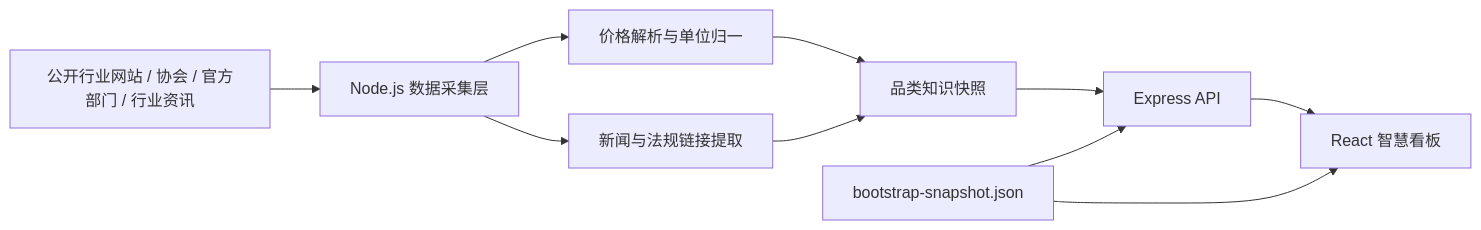
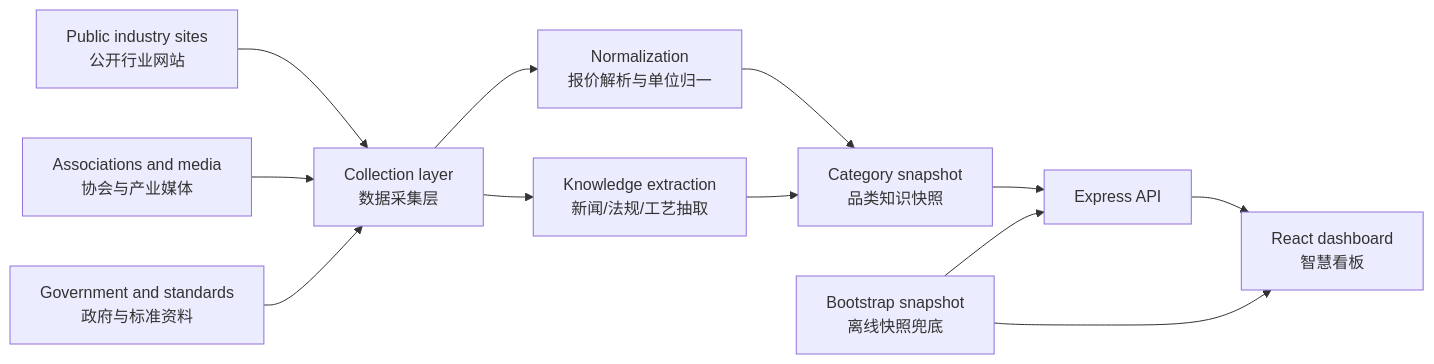
Before and after one commit to dongyongxue-collab/recycling-smart-dashboard: the diagram in README.md, drawn with Mermaid. The commit also changed other lines of this file and 2 other files, not shown here.

````diff
--- a/README.md
+++ b/README.md
@@ -60,12 +55,14 @@
 ```mermaid
 flowchart LR
-  A["公开行业网站 / 协会 / 官方部门 / 行业资讯"] --> B["Node.js 数据采集层"]
-  B --> C["价格解析与单位归一"]
-  B --> D["新闻与法规链接提取"]
-  C --> E["品类知识快照"]
-  D --> E
-  E --> F["Express API"]
-  F --> G["React 智慧看板"]
-  H["bootstrap-snapshot.json"] --> F
-  H --> G
+  A["Public industry sites<br/>公开行业网站"] --> B["Collection layer<br/>数据采集层"]
+  C["Associations and media<br/>协会与产业媒体"] --> B
+  D["Government and standards<br/>政府与标准资料"] --> B
+  B --> E["Normalization<br/>报价解析与单位归一"]
+  B --> F["Knowledge extraction<br/>新闻/法规/工艺抽取"]
+  E --> G["Category snapshot<br/>品类知识快照"]
+  F --> G
+  G --> H["Express API"]
+  H --> I["React dashboard<br/>智慧看板"]
+  J["Bootstrap snapshot<br/>离线快照兜底"] --> H
+  J --> I
 ```
````
